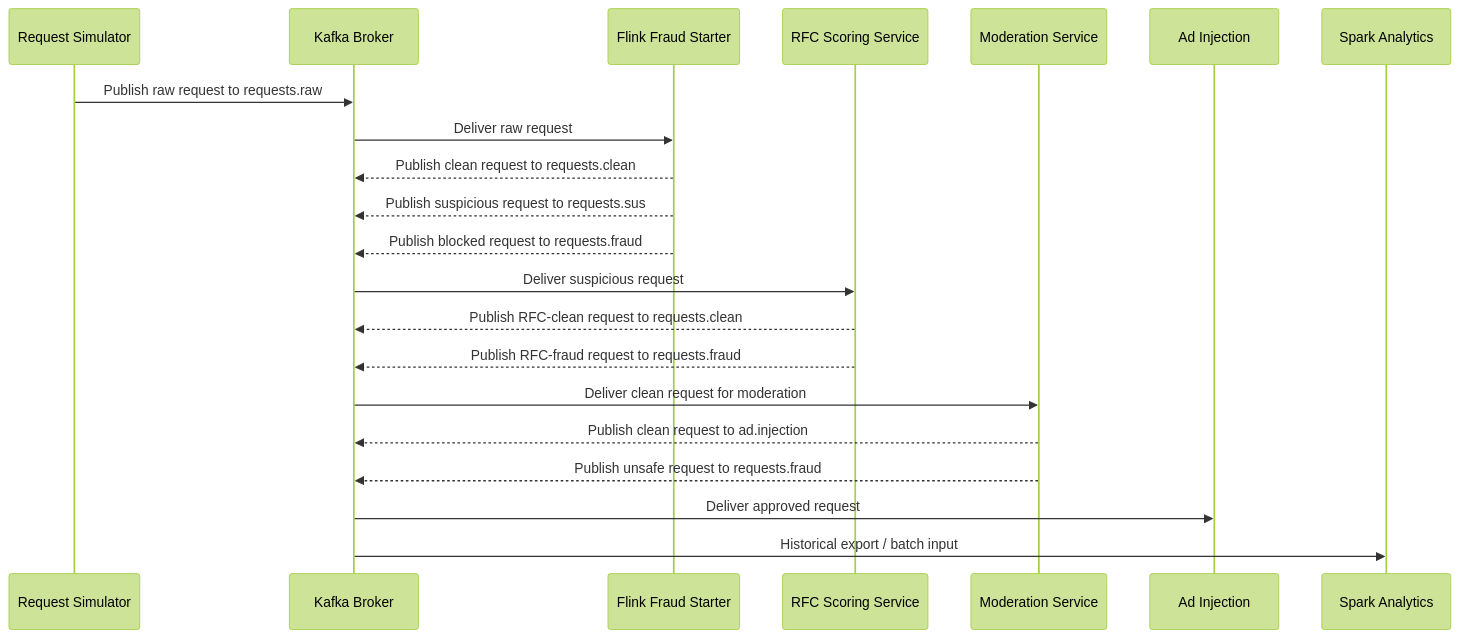
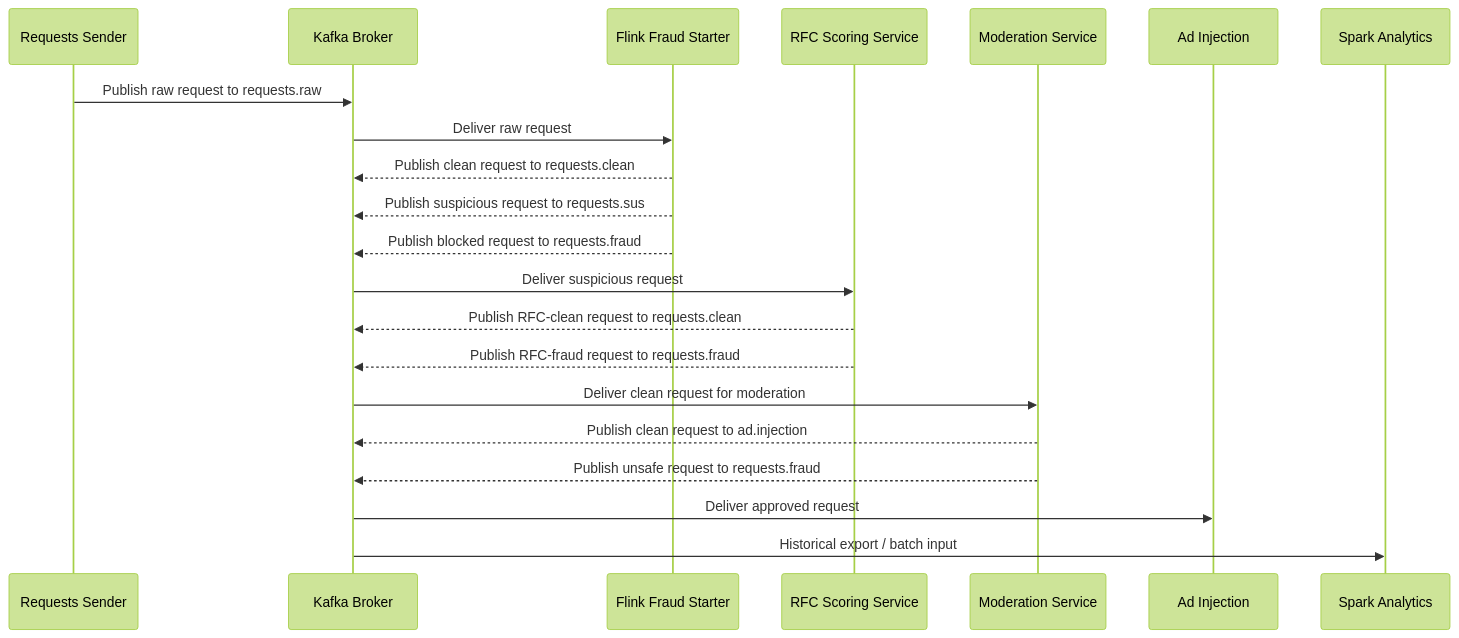
One commit to IamMistake/ai-ad-request-safety-pipeline changed the second of 2 diagrams in docs/current_architecture.md. Above: the diagram before and after it, drawn with Mermaid (forest theme). The commit also changed other lines of this file and 24 other files, not shown here.

Commit message:
refactor: replace simulator with labeled dataset sender

````diff
--- a/docs/current_architecture.md
+++ b/docs/current_architecture.md
@@ -30,24 +30,24 @@
 ```mermaid
 sequenceDiagram
-    participant Sim as Request Simulator
+    participant Sim as Requests Sender
     participant Kafka as Kafka Broker
     participant Flink as Flink Fraud Starter
     participant RFC as RFC Scoring Service
     participant Mod as Moderation Service
     participant Ad as Ad Injection
     participant Spark as Spark Analytics
 
     Sim->>Kafka: Publish raw request to requests.raw
     Kafka->>Flink: Deliver raw request
     Flink-->>Kafka: Publish clean request to requests.clean
     Flink-->>Kafka: Publish suspicious request to requests.sus
     Flink-->>Kafka: Publish blocked request to requests.fraud
     Kafka->>RFC: Deliver suspicious request
     RFC-->>Kafka: Publish RFC-clean request to requests.clean
     RFC-->>Kafka: Publish RFC-fraud request to requests.fraud
     Kafka->>Mod: Deliver clean request for moderation
     Mod-->>Kafka: Publish clean request to ad.injection
     Mod-->>Kafka: Publish unsafe request to requests.fraud
     Kafka->>Ad: Deliver approved request
     Kafka->>Spark: Historical export / batch input
 ```
````
